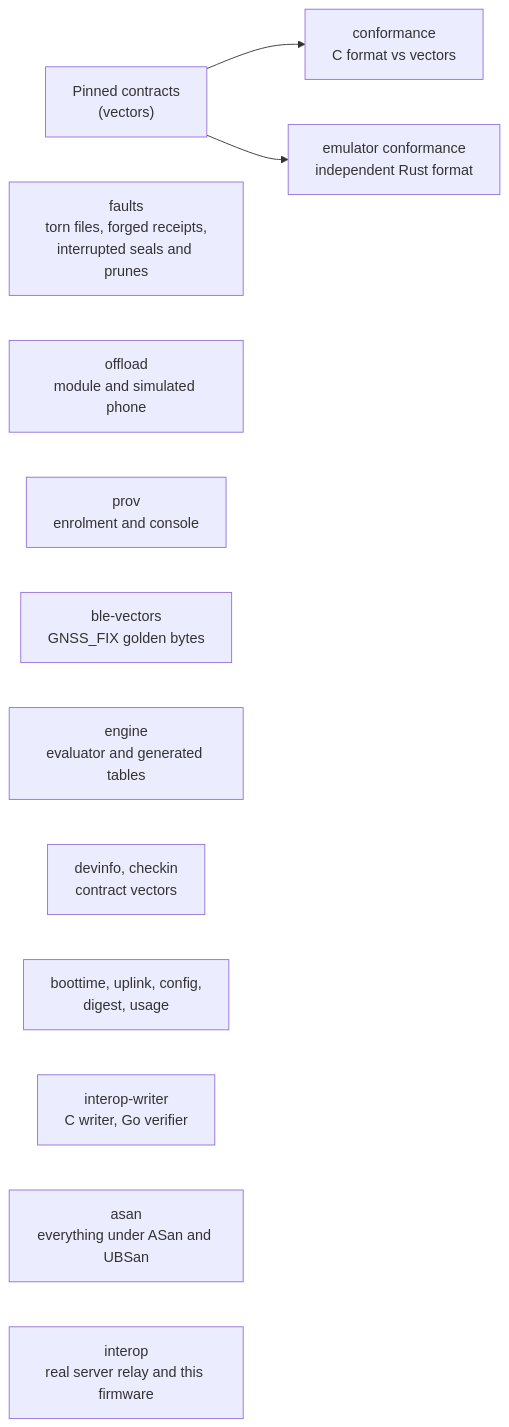
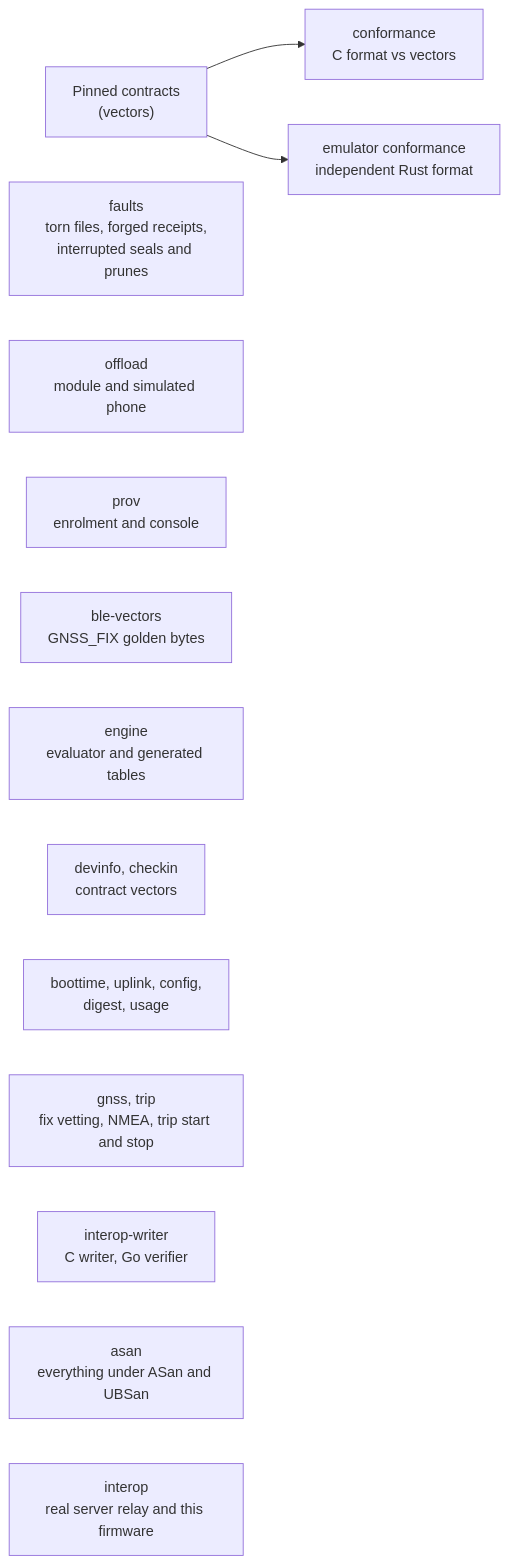
Before and after one commit to ParkWardRR/cairn-esp32-device-firmware: diagram 16 of 16 in README.md, drawn with Mermaid. The commit also changed other lines of this file and 3 other files, not shown here.

````diff
--- a/README.md
+++ b/README.md
@@ -626,15 +650,16 @@
 ```mermaid
 flowchart LR
     v["Pinned contracts<br/>(vectors)"] --> c["conformance<br/>C format vs vectors"]
     v --> e["emulator conformance<br/>independent Rust format"]
     f["faults<br/>torn files, forged receipts,<br/>interrupted seals and prunes"]
     o["offload<br/>module and simulated phone"]
     p["prov<br/>enrolment and console"]
     b["ble-vectors<br/>GNSS_FIX golden bytes"]
     n["engine<br/>evaluator and generated tables"]
     d["devinfo, checkin<br/>contract vectors"]
     h["boottime, uplink, config,<br/>digest, usage"]
+    g["gnss, trip<br/>fix vetting, NMEA, trip start and stop"]
     w["interop-writer<br/>C writer, Go verifier"]
     a["asan<br/>everything under ASan and UBSan"]
     i["interop<br/>real server relay and this firmware"]
 ```
````
